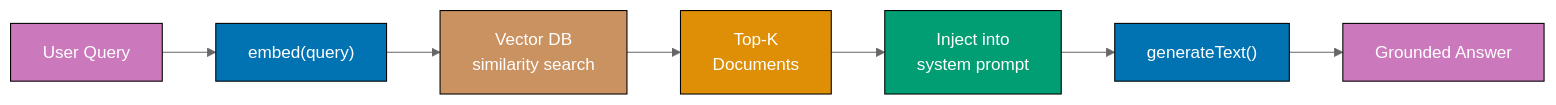
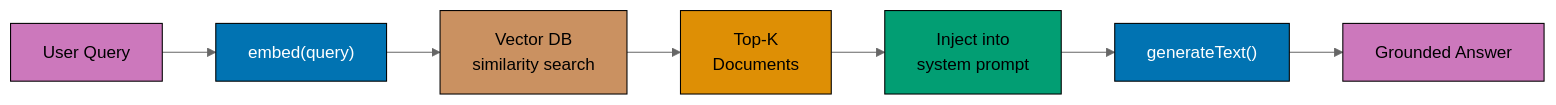
The diagram in apps/ayokoding-www/content/en/learn/legacy/software-engineering/platforms/web/tools/ai-powered-apps/by-example/intermediate.md (wahidyankf/ose-public), drawn with Mermaid (neutral theme) before and after one commit. The commit also changed 130 other files, not shown here.

First line of the commit message:
fix(mermaid): bring the legacy platforms diagrams onto the accessible palette

````diff
--- a/apps/ayokoding-www/content/en/learn/legacy/software-engineering/platforms/web/tools/ai-powered-apps/by-example/intermediate.md
+++ b/apps/ayokoding-www/content/en/learn/legacy/software-engineering/platforms/web/tools/ai-powered-apps/by-example/intermediate.md
@@ -396,18 +396,26 @@
 ```mermaid
 %% Color Palette: Blue #0173B2, Orange #DE8F05, Teal #029E73, Purple #CC78BC, Brown #CA9161
 graph LR
+  accTitle: Example 34: Basic RAG Pipeline — Embed, Retrieve, Inject
+  accDescr: Graph with 7 nodes and 6 connections. Nodes: User Query, embed40query41, Vector DB similarity search, Top-K Documents, Inject into system prompt, generateText4041, Grounded Answer. Connections: User Query to embed40query41, embed40query41 to Vector DB similarity search, Vector DB similarity search to Top-K Documents, Top-K Documents to Inject into system prompt, Inject into system prompt to generateText4041, generateText4041 to Grounded Answer.
   A["User Query"] --> B["embed#40;query#41;"]
   B --> C["Vector DB<br/>similarity search"]
   C --> D["Top-K<br/>Documents"]
   D --> E["Inject into<br/>system prompt"]
   E --> F["generateText#40;#41;"]
   F --> G["Grounded Answer"]
 
-  style A fill:#CC78BC,stroke:#000,color:#fff
-  style B fill:#0173B2,stroke:#000,color:#fff
-  style C fill:#CA9161,stroke:#000,color:#fff
-  style D fill:#DE8F05,stroke:#000,color:#fff
-  style E fill:#029E73,stroke:#000,color:#fff
-  style F fill:#0173B2,stroke:#000,color:#fff
-  style G fill:#CC78BC,stroke:#000,color:#fff
+  classDef pal-CC78BC fill:#CC78BC,stroke:#000000,color:#000000
+  class A pal-CC78BC
+  classDef pal-0173B2 fill:#0173B2,stroke:#000000,color:#FFFFFF
+  class B pal-0173B2
+  classDef pal-CA9161 fill:#CA9161,stroke:#000000,color:#000000
+  class C pal-CA9161
+  classDef pal-DE8F05 fill:#DE8F05,stroke:#000000,color:#000000
+  class D pal-DE8F05
+  classDef pal-029E73 fill:#029E73,stroke:#000000,color:#000000
+  class E pal-029E73
+  class F pal-0173B2
+  class G pal-CC78BC
+  classDef default fill:#FFFFFF,stroke:#000000,color:#000000
 ```
````
